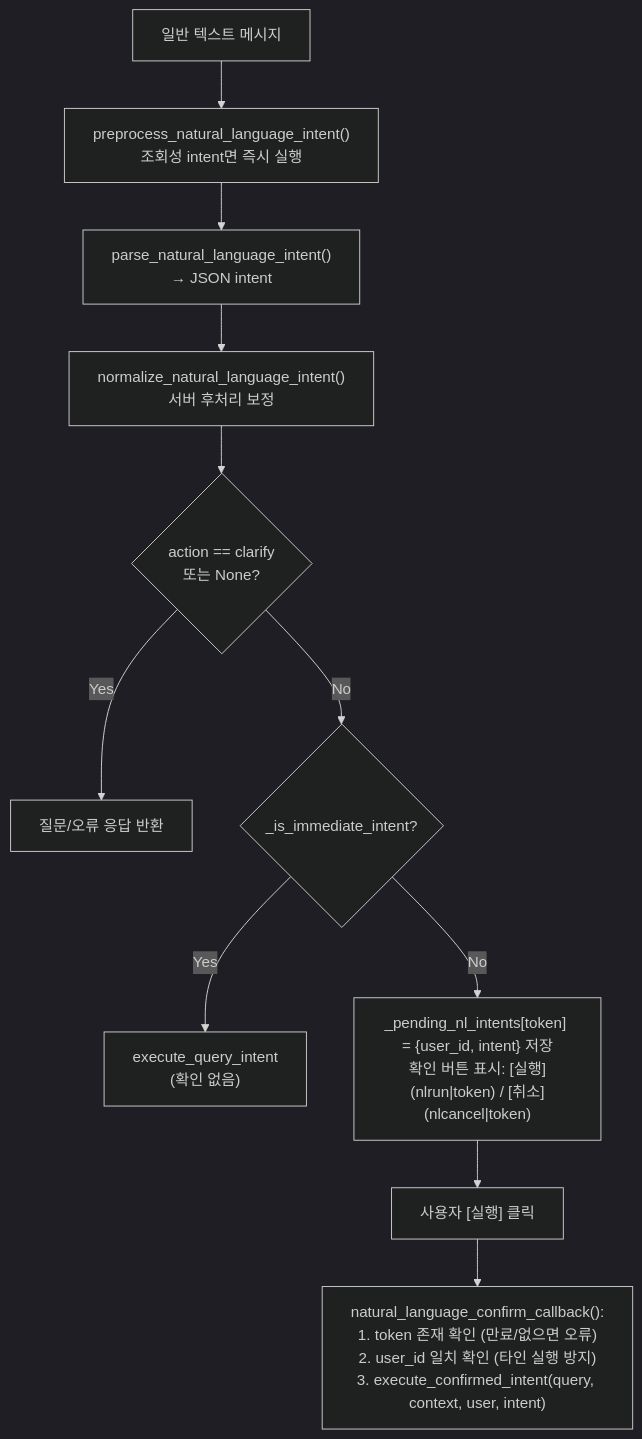
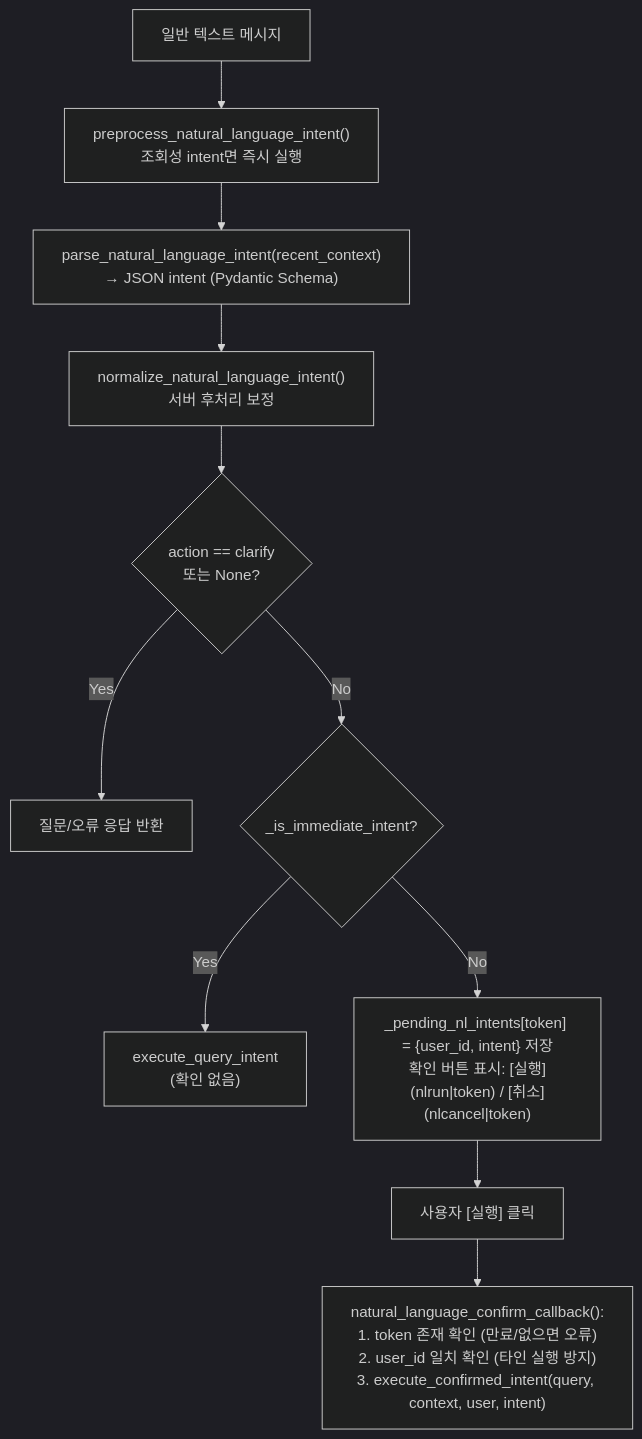
The diagram in docs/304_gemini_intent.md (antny-bot/supabot), drawn with Mermaid (dark theme) before and after one commit. The commit also changed other lines of this file and 6 other files, not shown here.

````diff
--- a/docs/304_gemini_intent.md
+++ b/docs/304_gemini_intent.md
@@ -98,13 +119,13 @@
 ```mermaid
 flowchart TD
     A[일반 텍스트 메시지] --> B["preprocess_natural_language_intent()<br/>조회성 intent면 즉시 실행"]
-    B --> C["parse_natural_language_intent()<br/>→ JSON intent"]
+    B --> C["parse_natural_language_intent(recent_context)<br/>→ JSON intent (Pydantic Schema)"]
     C --> D["normalize_natural_language_intent()<br/>서버 후처리 보정"]
     D --> E{"action == clarify<br/>또는 None?"}
     E -->|Yes| F[질문/오류 응답 반환]
     E -->|No| G{"_is_immediate_intent?"}
     G -->|Yes| H["execute_query_intent<br/>(확인 없음)"]
     G -->|No| I["_pending_nl_intents[token] = {user_id, intent} 저장<br/>확인 버튼 표시: [실행](nlrun|token) / [취소](nlcancel|token)"]
     I --> J["사용자 [실행] 클릭"]
     J --> K["natural_language_confirm_callback():<br/>1. token 존재 확인 (만료/없으면 오류)<br/>2. user_id 일치 확인 (타인 실행 방지)<br/>3. execute_confirmed_intent(query, context, user, intent)"]
 ```
````
